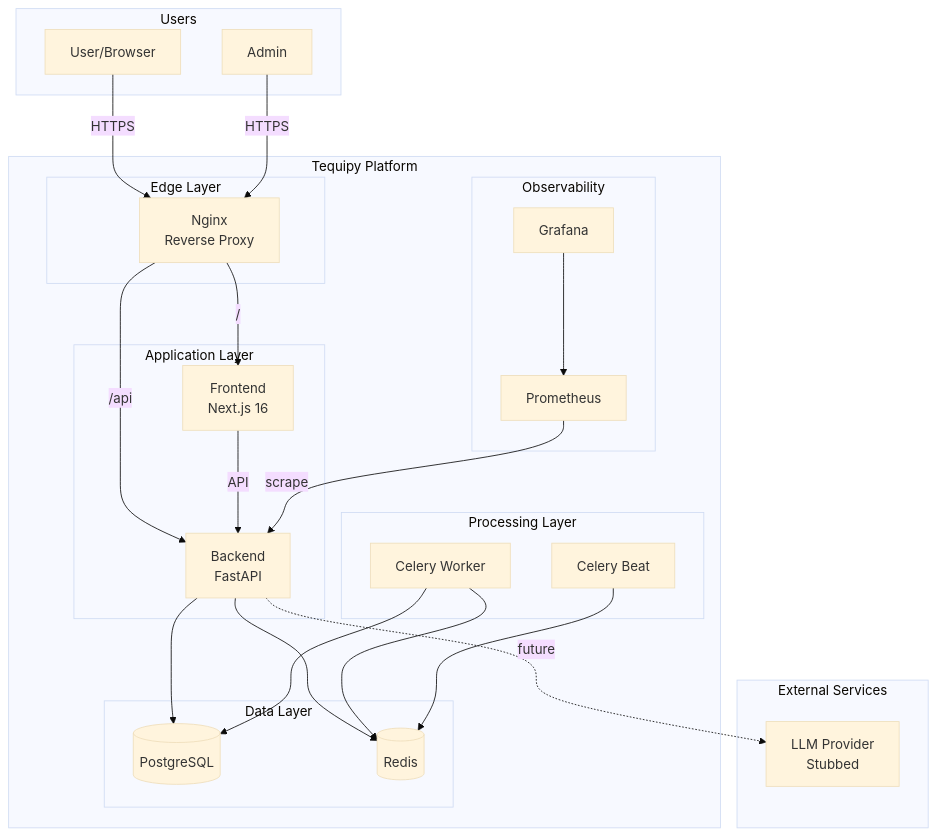
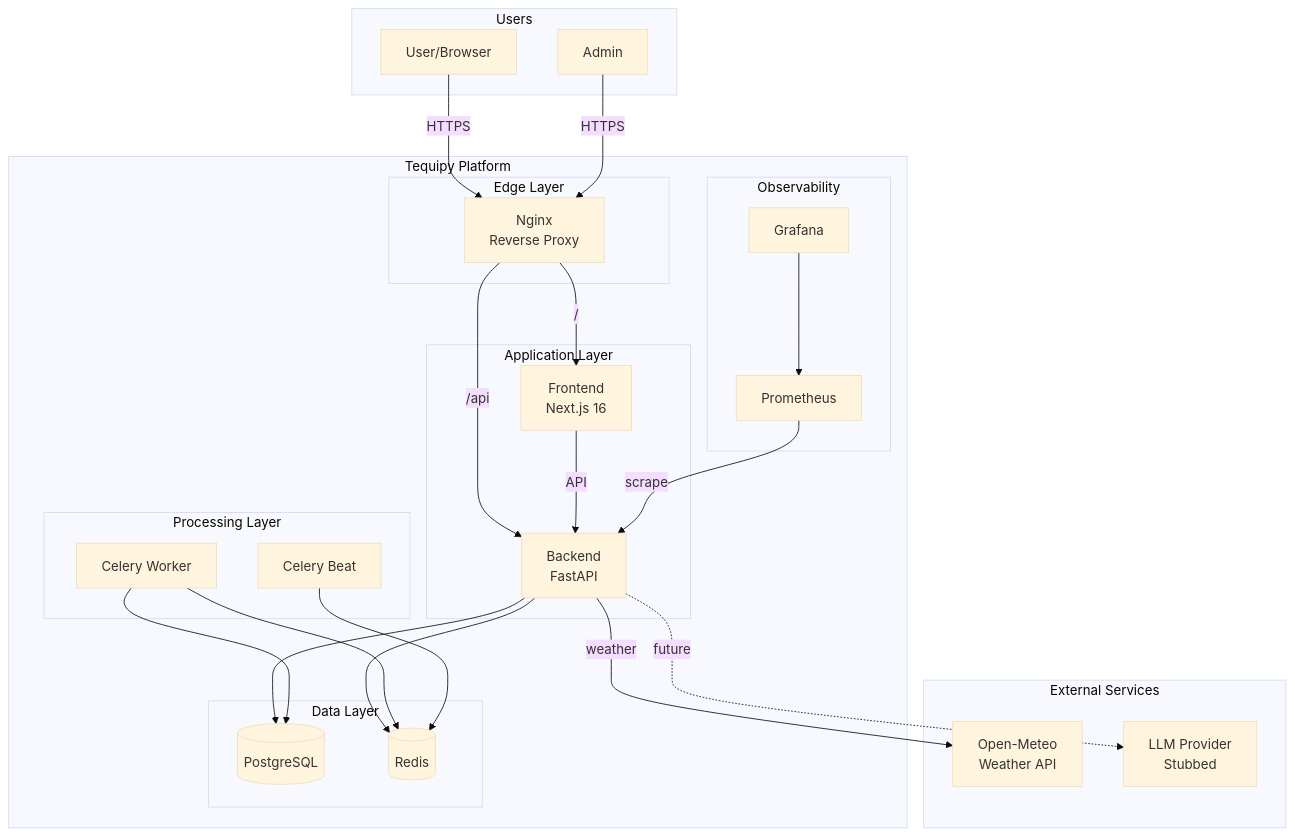
The first of 2 diagrams in docs/architecture/README.md (matadcze/tequipy), drawn with Mermaid (base theme) before and after one commit. The commit also changed other lines of this file and 6 other files, not shown here.

First line of the commit message:
docs: add architecture documentation for weather API integration

````diff
--- a/docs/architecture/README.md
+++ b/docs/architecture/README.md
@@ -33,51 +35,53 @@
 ```mermaid
 graph TB
     subgraph Users
         U[User/Browser]
         A[Admin]
     end
 
     subgraph "Tequipy Platform"
         subgraph "Edge Layer"
             N[Nginx<br/>Reverse Proxy]
         end
 
         subgraph "Application Layer"
             F[Frontend<br/>Next.js 16]
             B[Backend<br/>FastAPI]
         end
 
         subgraph "Processing Layer"
             W[Celery Worker]
             BT[Celery Beat]
         end
 
         subgraph "Data Layer"
             P[(PostgreSQL)]
             R[(Redis)]
         end
 
         subgraph "Observability"
             PR[Prometheus]
             G[Grafana]
         end
     end
 
     subgraph "External Services"
+        OM[Open-Meteo<br/>Weather API]
         LLM[LLM Provider<br/>Stubbed]
     end
 
     U -->|HTTPS| N
     A -->|HTTPS| N
     N -->|/| F
     N -->|/api| B
     F -->|API| B
     B --> P
     B --> R
+    B -->|weather| OM
     W --> P
     W --> R
     BT --> R
     PR -->|scrape| B
     G --> PR
     B -.->|future| LLM
 ```
````
